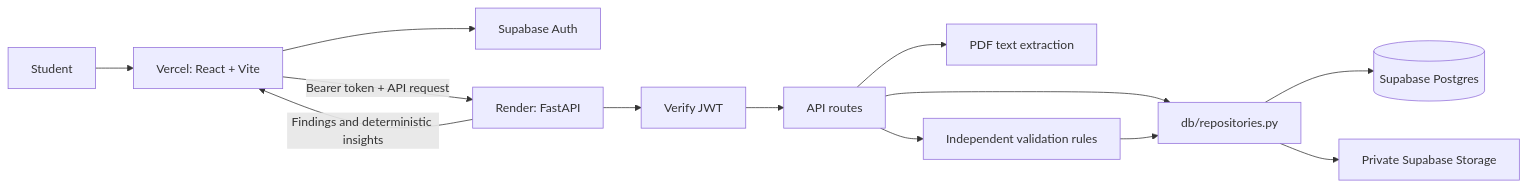
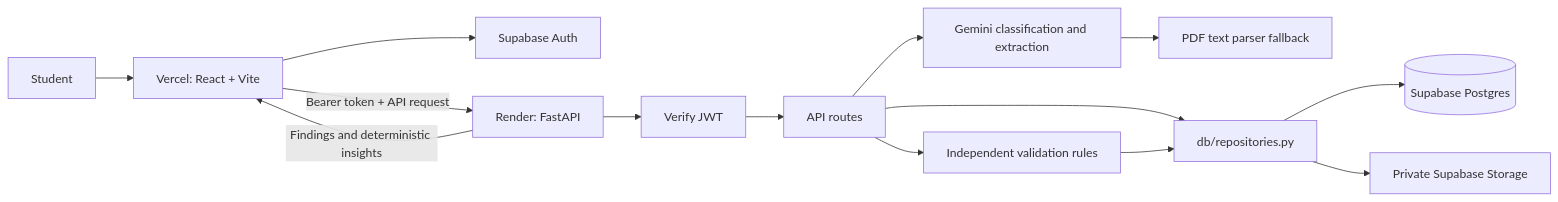
The diagram in docs/architecture.md (ManavTri/TheVibeCoders-HackPSU-2026), drawn with Mermaid before and after one commit. The commit also changed other lines of this file and 9 other files, not shown here.

Commit message:
docs(extraction): document Gemini setup and envelope

````diff
--- a/docs/architecture.md
+++ b/docs/architecture.md
@@ -3,15 +3,16 @@
 ```mermaid
 flowchart LR
   Student --> Vercel[Vercel: React + Vite]
   Vercel --> Auth[Supabase Auth]
   Vercel -->|Bearer token + API request| Render[Render: FastAPI]
   Render --> Verify[Verify JWT]
   Verify --> Routes[API routes]
-  Routes --> Extract[PDF text extraction]
+  Routes --> Extract[Gemini classification and extraction]
+  Extract --> Fallback[PDF text parser fallback]
   Routes --> Rules[Independent validation rules]
   Routes --> Repositories[db/repositories.py]
   Repositories --> Postgres[(Supabase Postgres)]
   Repositories --> PrivateStorage[Private Supabase Storage]
   Rules --> Repositories
   Render -->|Findings and deterministic insights| Vercel
 ```
````
